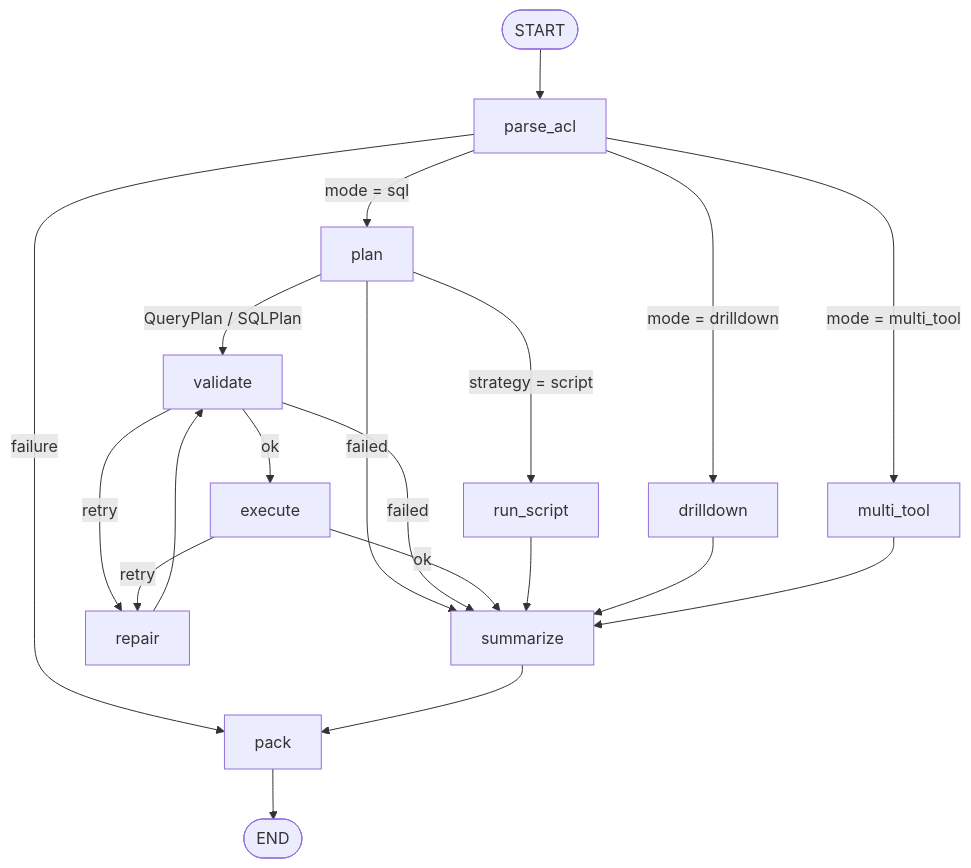
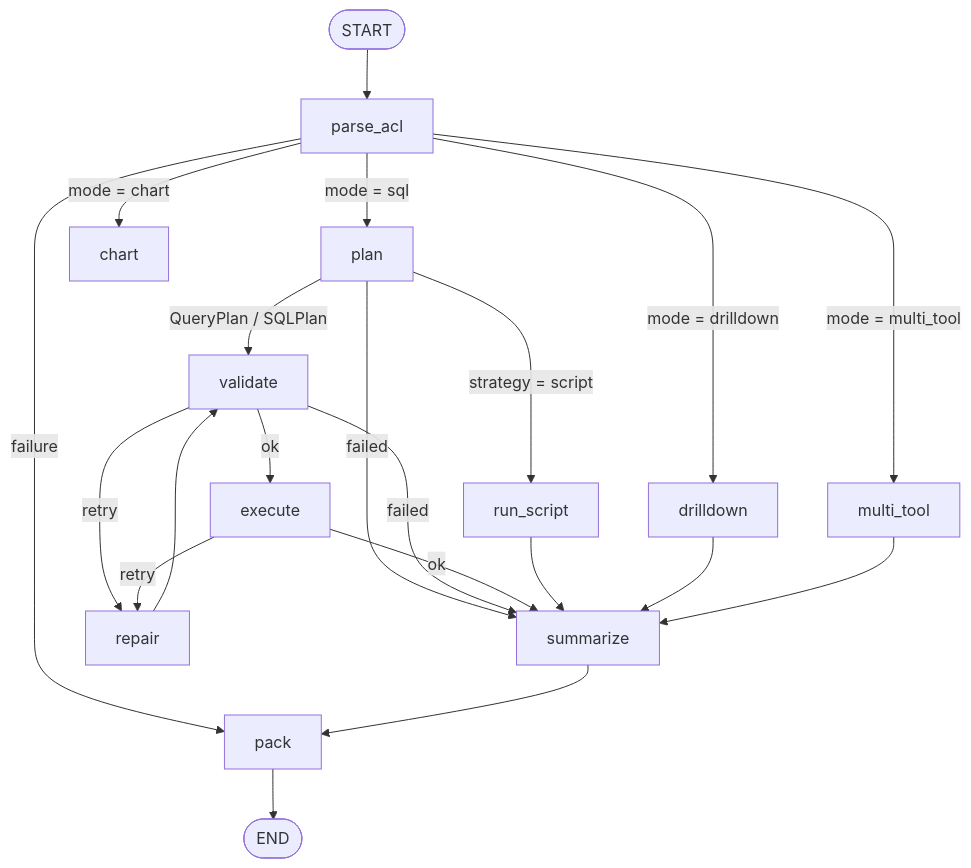
One commit to AlexEgorov85/MultyAgent changed the third of 7 diagrams in docs/architecture.md. Above: the diagram before and after it, drawn with Mermaid. The commit also changed other lines of this file and 26 other files, not shown here.

````diff
--- a/docs/architecture.md
+++ b/docs/architecture.md
@@ -163,22 +163,23 @@
 ```mermaid
 flowchart TD
     S([START]) --> PA["parse_acl"]
     PA -->|mode = sql| PL["plan"]
     PA -->|mode = drilldown| DD["drilldown"]
     PA -->|mode = multi_tool| MT["multi_tool"]
+    PA -->|mode = chart| CH["chart"]
     PA -->|failure| PK["pack"]
     PL -->|strategy = script| RS["run_script"]
     PL -->|QueryPlan / SQLPlan| VA["validate"]
     PL -->|failed| SU["summarize"]
     VA -->|ok| EX["execute"]
     VA -->|retry| RE["repair"]
     VA -->|failed| SU
     EX -->|ok| SU
     EX -->|retry| RE
     RE --> VA
     RS --> SU
     DD --> SU
     MT --> SU
     SU --> PK
     PK --> E([END])
 ```
````
